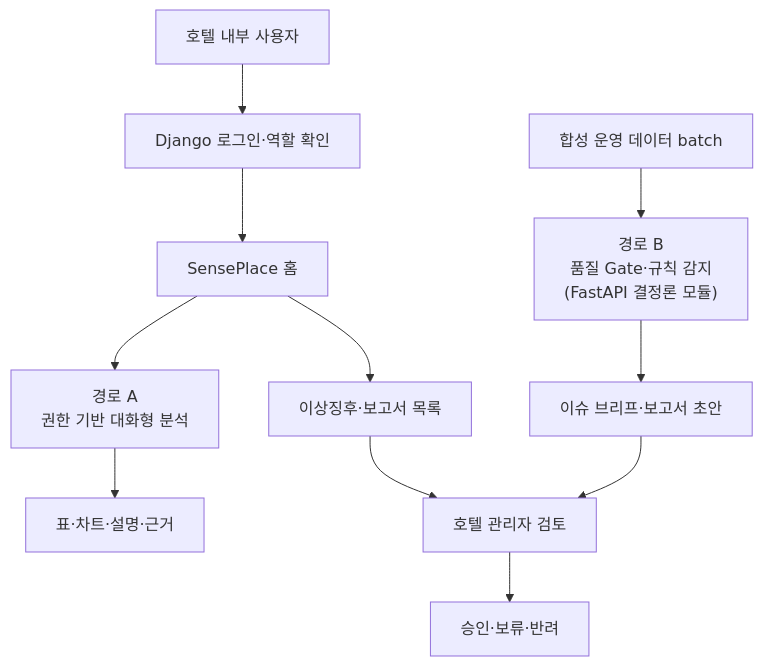
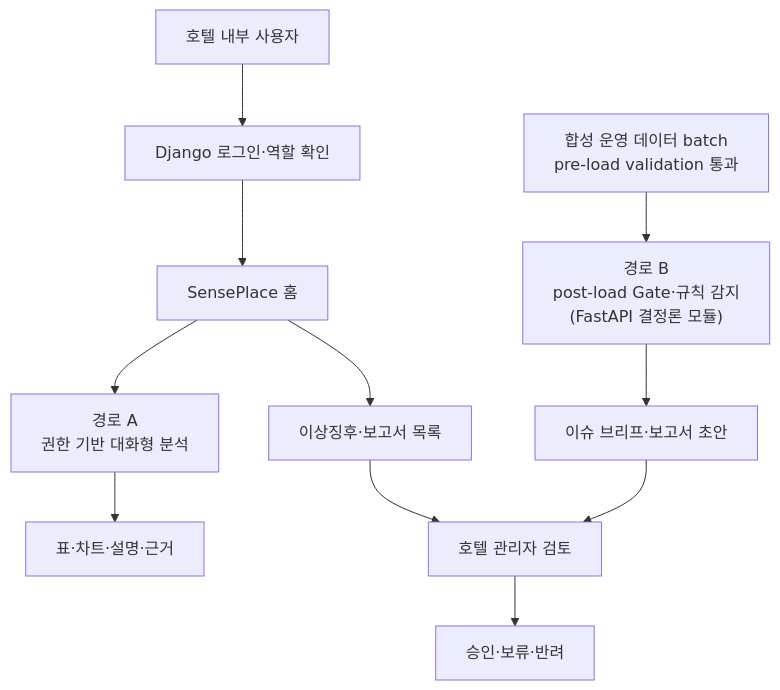
One commit to hijun318-eng/skn29_final_3team changed the third of 8 diagrams in docs/markdown/SensePlace_기획서_초안.md. Above: the diagram before and after it, drawn with Mermaid. The commit also changed other lines of this file and 5 other files, not shown here.

````diff
--- a/docs/markdown/SensePlace_기획서_초안.md
+++ b/docs/markdown/SensePlace_기획서_초안.md
@@ -276,16 +277,16 @@
 ```mermaid
 flowchart TB
     USER["호텔 내부 사용자"] --> AUTH["Django 로그인·역할 확인"]
     AUTH --> HOME["SensePlace 홈"]
 
     HOME --> CHAT["경로 A<br/>권한 기반 대화형 분석"]
     CHAT --> CHAT_RESULT["표·차트·설명·근거"]
 
-    DATA["합성 운영 데이터 batch"] --> DETECT["경로 B<br/>품질 Gate·규칙 감지<br/>(FastAPI 결정론 모듈)"]
+    DATA["합성 운영 데이터 batch<br/>pre-load validation 통과"] --> DETECT["경로 B<br/>post-load Gate·규칙 감지<br/>(FastAPI 결정론 모듈)"]
     DETECT --> BRIEF["이슈 브리프·보고서 초안"]
     BRIEF --> REVIEW["호텔 관리자 검토"]
     REVIEW --> DECISION["승인·보류·반려"]
 
     HOME --> INCIDENTS["이상징후·보고서 목록"]
     INCIDENTS --> REVIEW
 ```
````
